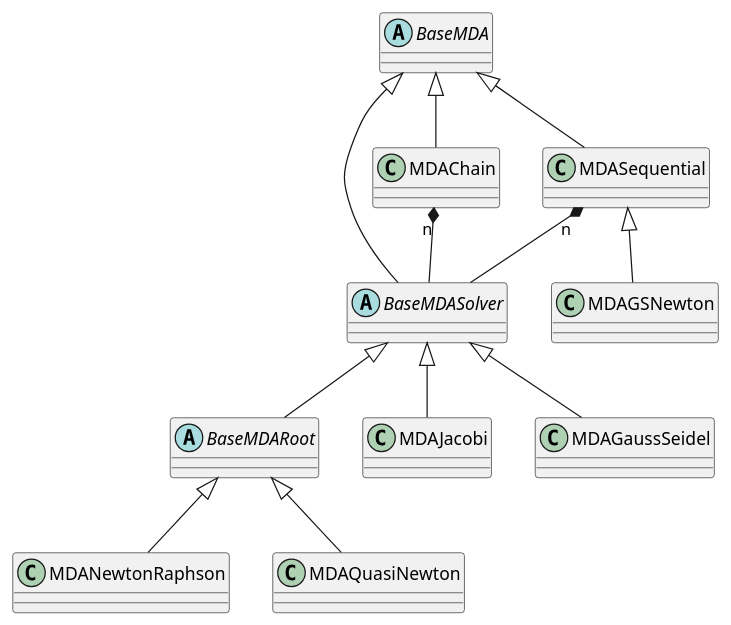
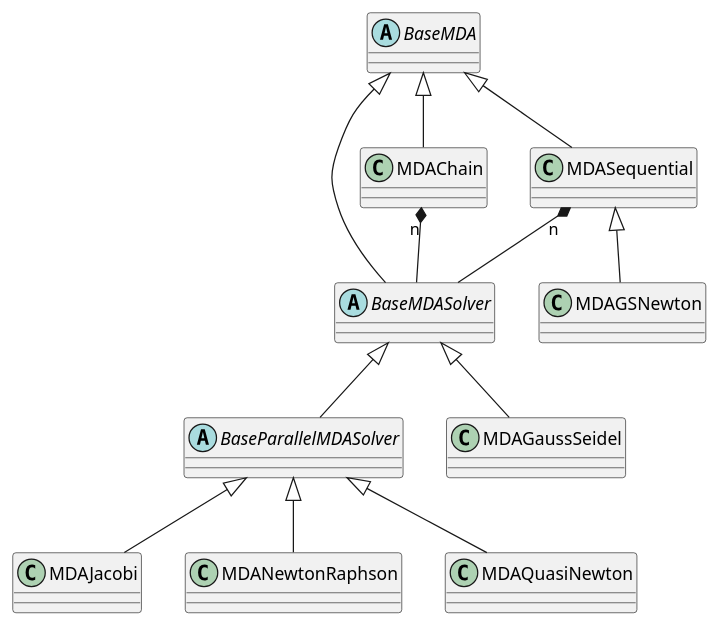
Before and after one commit to gemseo/gemseo: the diagram in doc_src/mdo/mda.rst, drawn with PlantUML. The commit also changed 7 other files, not shown here.

```diff
--- a/doc_src/mdo/mda.rst
+++ b/doc_src/mdo/mda.rst
@@ -162,30 +162,30 @@
 .. uml::
 
     @startuml
 
     abstract class BaseMDA
     abstract class BaseMDASolver
-    abstract class BaseMDARoot
+    abstract class BaseParallelMDASolver
 
     class MDAJacobi
     class MDAGaussSeidel
     class MDANewtonRaphson
     class MDAQuasiNewton
     class MDAChain
     class MDASequential
     class MDAGSNewton
 
     BaseMDA <|-- BaseMDASolver
     BaseMDA <|-- MDAChain
     BaseMDA <|-- MDASequential
-    BaseMDASolver <|-- MDAJacobi
     BaseMDASolver <|-- MDAGaussSeidel
-    BaseMDASolver <|-- BaseMDARoot
-    BaseMDARoot <|-- MDANewtonRaphson
-    BaseMDARoot <|-- MDAQuasiNewton
+    BaseMDASolver <|-- BaseParallelMDASolver
+    BaseParallelMDASolver <|-- MDAJacobi
+    BaseParallelMDASolver <|-- MDANewtonRaphson
+    BaseParallelMDASolver <|-- MDAQuasiNewton
     MDASequential <|-- MDAGSNewton
 
     MDAChain "n" *-- BaseMDASolver
     MDASequential "n" *-- BaseMDASolver
 
     @enduml
```
